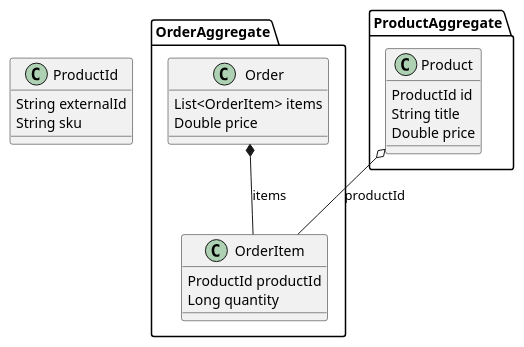
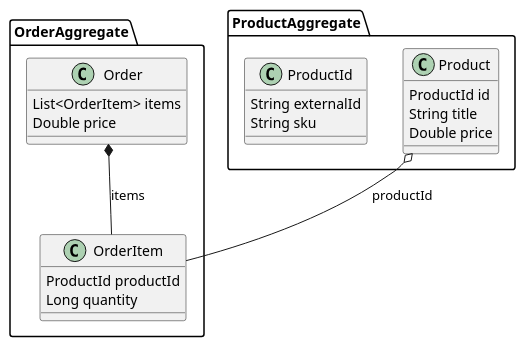
Before and after one commit to chrshnv/jpoint-2026-spring-data-jdbc-demo: the diagram in compositeidsbug.puml, drawn with PlantUML. The commit also changed 1 other file, not shown here.

Commit message:
change graphs

```diff
--- a/compositeidsbug.puml
+++ b/compositeidsbug.puml
@@ -1,30 +1,31 @@
 @startuml
-class ProductId {
-	String externalId
-	String sku
-}
-
 namespace OrderAggregate {
 	Order *-- OrderItem : items
 
     class Order {
     	List<OrderItem> items
     	Double price
     }
 
     class OrderItem {
     	ProductId productId
     	Long quantity
     }
 }
 
 namespace ProductAggregate {
 	Product o-- OrderItem: productId
 
 	class Product {
 		ProductId id
 		String title
 		Double price
 	}
+
+	class ProductId {
+    	String externalId
+    	String sku
+    }
+
 }
 @enduml
```
